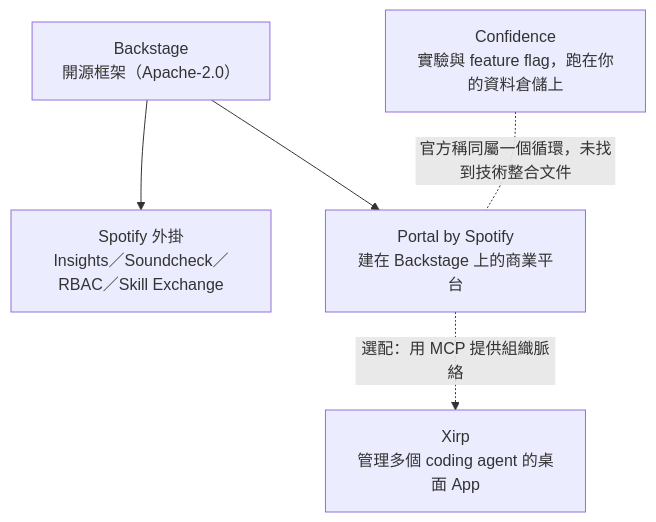
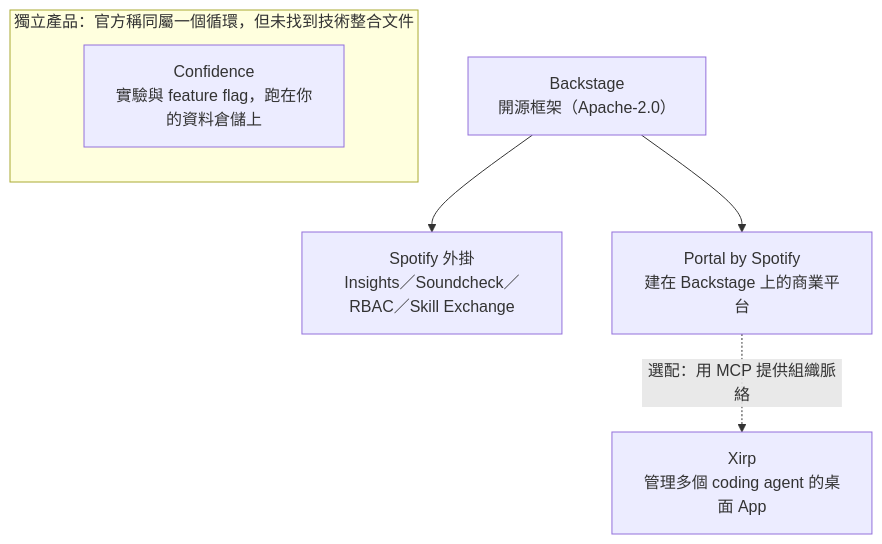
Before and after one commit to vincentxuu/quidproquo: the diagram in src/content/posts/ai/2026-10-11-spotify-technology-rd-tools.md, drawn with Mermaid. The commit also changed 1 other file, not shown here.

Commit message:
post(ai): 關係圖改為 Confidence 獨立區塊並實際渲染驗證
Claude-Session: https://claude.ai/code/session_01NtDfbYTmBpbGeu33VXu73i

````diff
--- a/src/content/posts/ai/2026-10-11-spotify-technology-rd-tools.md
+++ b/src/content/posts/ai/2026-10-11-spotify-technology-rd-tools.md
@@ -44,12 +44,13 @@
 ```mermaid
 flowchart TB
   B["Backstage<br/>開源框架（Apache-2.0）"]
   PL["Spotify 外掛<br/>Insights／Soundcheck／RBAC／Skill Exchange"]
   P["Portal by Spotify<br/>建在 Backstage 上的商業平台"]
   X["Xirp<br/>管理多個 coding agent 的桌面 App"]
-  C["Confidence<br/>實驗與 feature flag，跑在你的資料倉儲上"]
   B --> PL
   B --> P
   P -. "選配：用 MCP 提供組織脈絡" .-> X
-  C -. "官方稱同屬一個循環，未找到技術整合文件" .- P
+  subgraph S2["獨立產品：官方稱同屬一個循環，但未找到技術整合文件"]
+    C["Confidence<br/>實驗與 feature flag，跑在你的資料倉儲上"]
+  end
 ```
````
